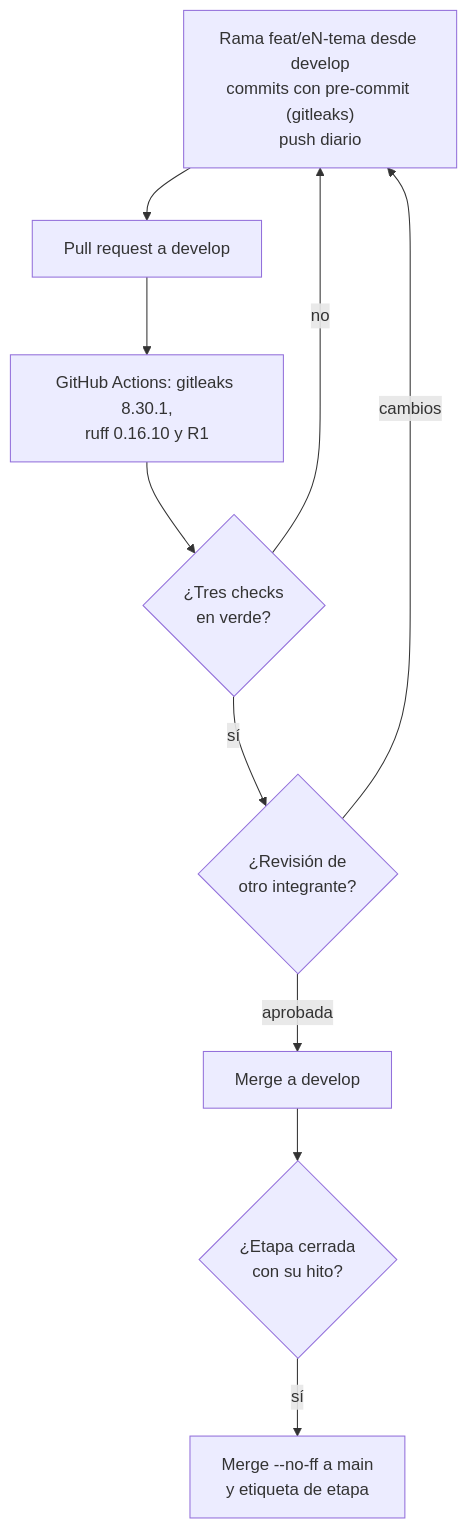
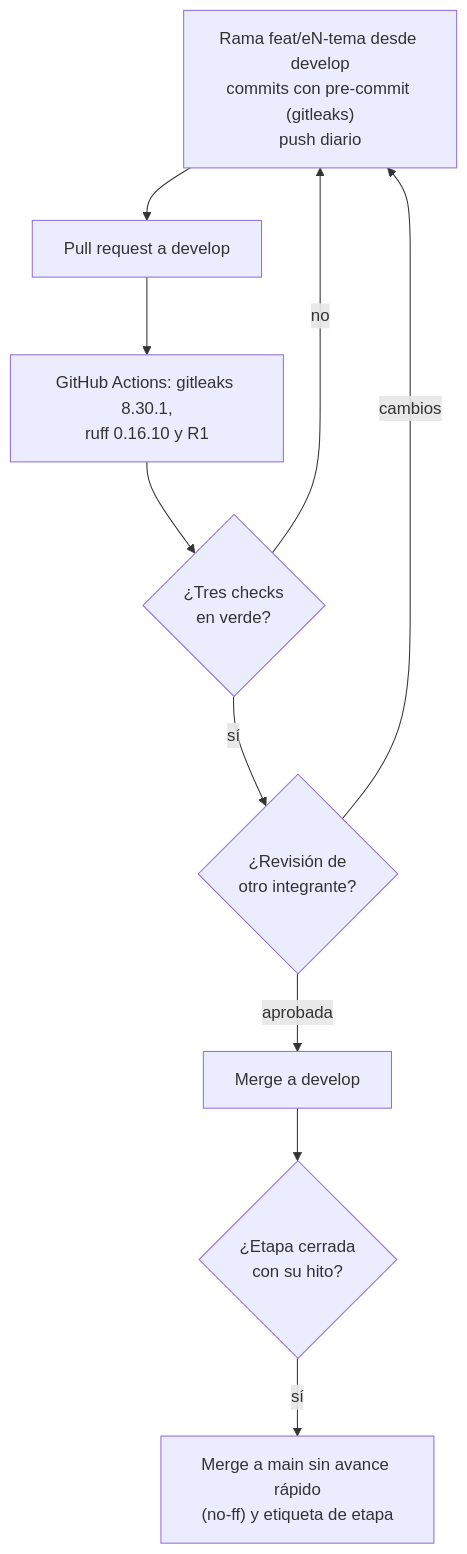
One commit to soaria186/kronos-ai changed the diagram in docs/diagramas/14_flujo_ci.mmd. Above: the diagram before and after it, drawn with Mermaid. The commit also changed 31 other files, not shown here.

```diff
--- a/docs/diagramas/14_flujo_ci.mmd
+++ b/docs/diagramas/14_flujo_ci.mmd
@@ -1,10 +1,10 @@
 flowchart TB
     A["Rama feat/eN-tema desde develop<br/>commits con pre-commit (gitleaks)<br/>push diario"] --> D["Pull request a develop"]
     D --> E["GitHub Actions: gitleaks 8.30.1,<br/>ruff 0.16.10 y R1"]
     E --> F{"¿Tres checks<br/>en verde?"}
     F -- "no" --> A
     F -- "sí" --> R{"¿Revisión de<br/>otro integrante?"}
     R -- "cambios" --> A
     R -- "aprobada" --> M["Merge a develop"]
     M --> S{"¿Etapa cerrada<br/>con su hito?"}
-    S -- "sí" --> T["Merge --no-ff a main<br/>y etiqueta de etapa"]
+    S -- "sí" --> T["Merge a main sin avance rápido<br/>(no-ff) y etiqueta de etapa"]
```
